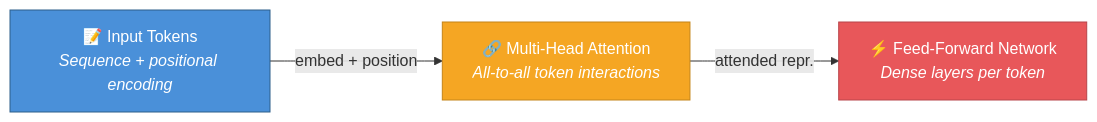
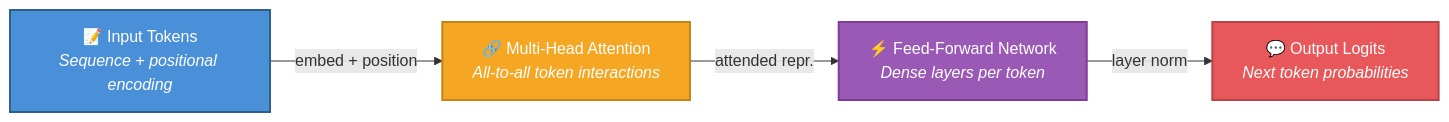
One commit to stSoftwareAU/NEAT-AI changed the fourth of 5 diagrams in COMPARISON.md. Above: the diagram before and after it, drawn with Mermaid. The commit also changed other lines of this file and 19 other files, not shown here.

````diff
--- a/COMPARISON.md
+++ b/COMPARISON.md
@@ -202,13 +205,16 @@
 ```mermaid
 graph LR
     I["📝 Input Tokens<br/><i>Sequence + positional encoding</i>"]
     A["🔗 Multi-Head Attention<br/><i>All-to-all token interactions</i>"]
     F["⚡ Feed-Forward Network<br/><i>Dense layers per token</i>"]
+    O["💬 Output Logits<br/><i>Next token probabilities</i>"]
 
     I -->|"embed + position"| A
     A -->|"attended repr."| F
+    F -->|"layer norm"| O
 
-    style I fill:#4A90D9,stroke:#2C5F8A,color:#fff
-    style A fill:#F5A623,stroke:#C48418,color:#fff
-    style F fill:#E8575A,stroke:#B8444A,color:#fff
+    style I fill:#4A90D9,stroke:#2C5F8A,color:#fff,stroke-width:2px
+    style A fill:#F5A623,stroke:#C48418,color:#fff,stroke-width:2px
+    style F fill:#9B59B6,stroke:#7D3C98,color:#fff,stroke-width:2px
+    style O fill:#E8575A,stroke:#B8444A,color:#fff,stroke-width:2px
 ```
````
